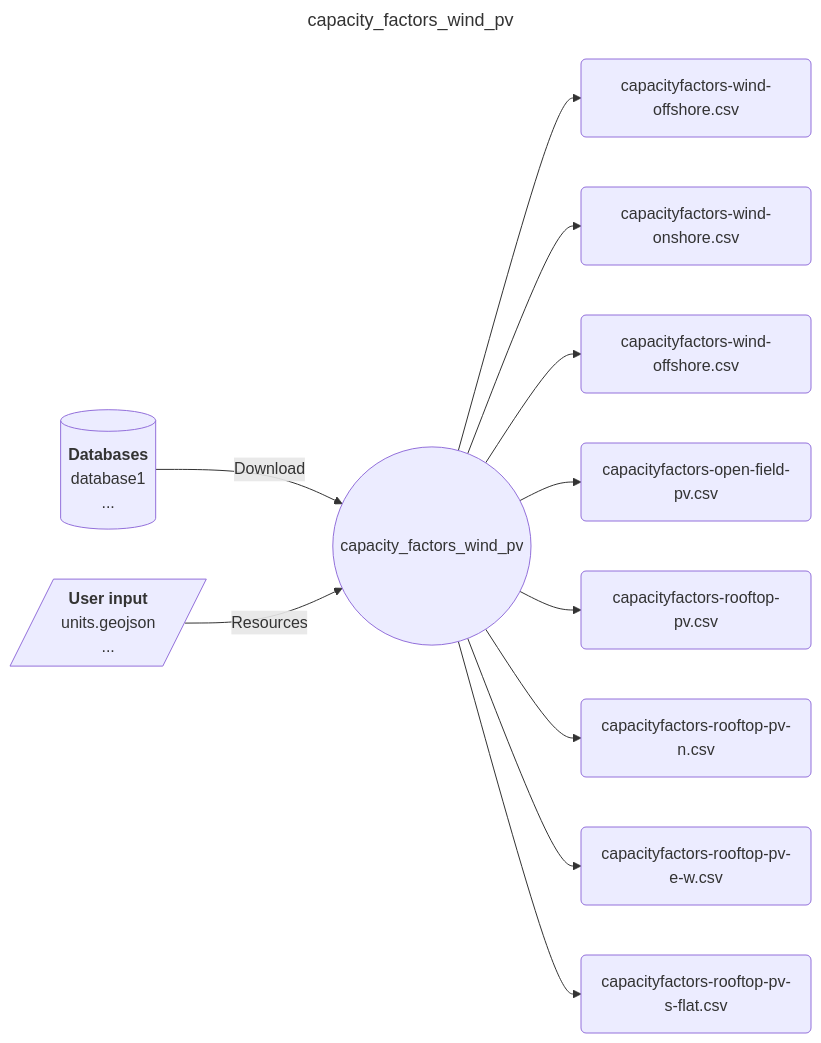
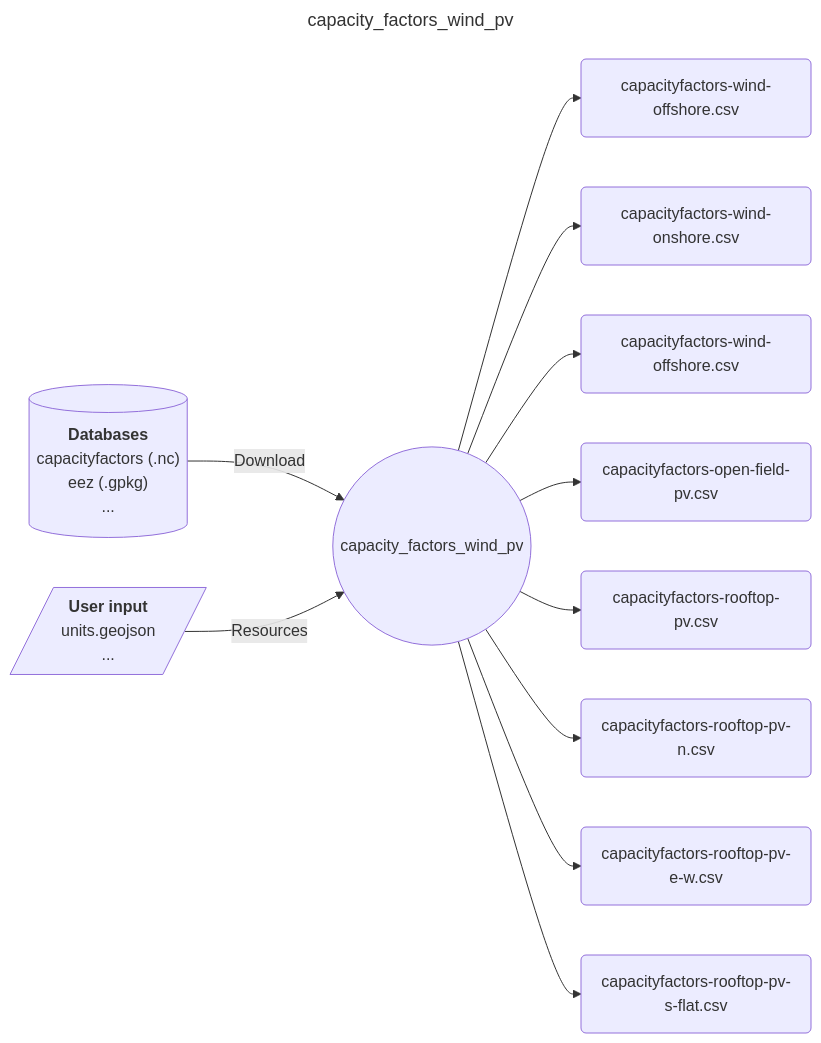
One commit to calliope-project/ec_modules changed the diagram in modules/capacity_factors_wind_pv/README.md. Above: the diagram before and after it, drawn with Mermaid.

Commit message:
Specify data basis

````diff
--- a/modules/capacity_factors_wind_pv/README.md
+++ b/modules/capacity_factors_wind_pv/README.md
@@ -9,38 +9,39 @@
 ```mermaid
 ---
 title: capacity_factors_wind_pv
 ---
 flowchart LR
     D1[("`**Databases**
-        database1
+        capacityfactors (.nc)
+        eez (.gpkg)
         ...
     `")] --> |Download| M
     C1[/"`**User input**
         units.geojson
         ...
     `"/] --> |Resources| M((capacity_factors_wind_pv))
     M --> O1("
         capacityfactors-wind-offshore.csv
         ")
     M --> O2("
         capacityfactors-wind-onshore.csv
         ")
     M --> O3("
         capacityfactors-wind-offshore.csv
     ")
     M --> O4("
         capacityfactors-open-field-pv.csv
     ")
     M --> O5("
         capacityfactors-rooftop-pv.csv
     ")
     M --> O6("
         capacityfactors-rooftop-pv-n.csv
     ")
     M --> O7("
         capacityfactors-rooftop-pv-e-w.csv
     ")
     M --> O8("
         capacityfactors-rooftop-pv-s-flat.csv
     ")
 ```
````
